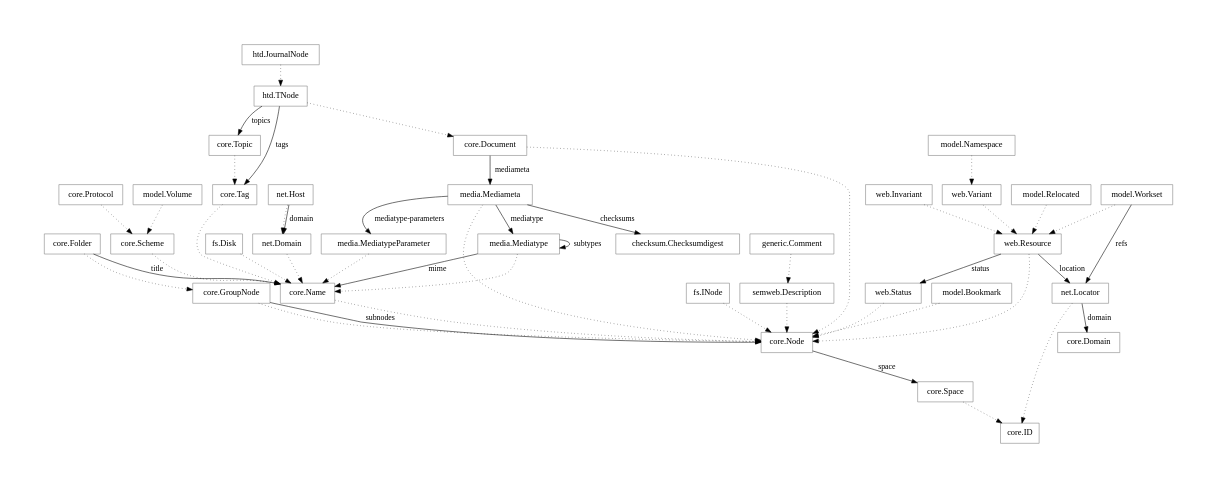
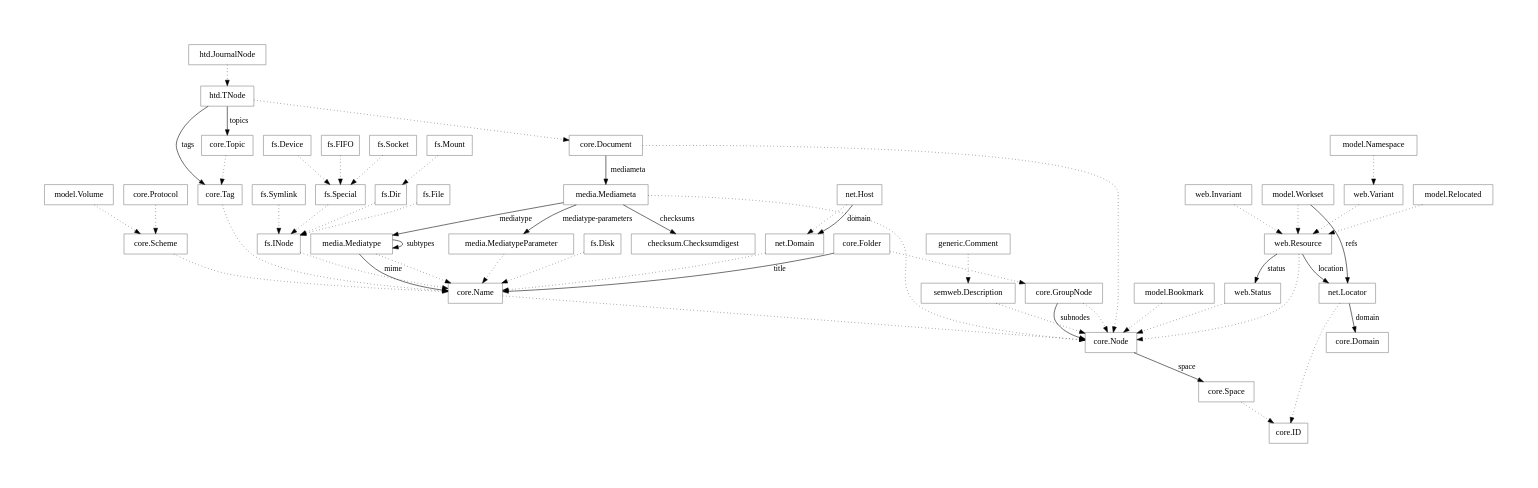
The diagram in doc/taxus-classes.en.dot.gv (dotmpe/script-mpe), drawn with Graphviz before and after one commit. The commit also changed 3 other files, not shown here.

```diff
--- a/doc/taxus-classes.en.dot.gv
+++ b/doc/taxus-classes.en.dot.gv
@@ -1,113 +1,118 @@
 digraph "doc_taxus_classes_en_dot" {
 	graph [
 		fontsize = "14"
 		fontname = "Times-Roman"
 		fontcolor = "black"
     pad = 1
 	]
 	node [
 		fontsize = "15"
 		fontname = "Bitstream Vera Sans"
 		shape = "record"
 		style = "solid"
 		color = "grey"
 	]
 	edge [
 		fontsize = "14"
 		fontname = "Bitstream Vera Sans"
 		style = "dotted"
 		weight = "4"
 	]
 
 	"core.Node" ; //-> SQLBase ;
 	"core.ID" ; //-> SQLBase ;
 
   "core.GroupNode" -> "core.Node" ;
   "core.Folder" -> "core.GroupNode" ;
   "core.Space" -> "core.ID" ;
 
   "core.Name" -> "core.Node" ;
   "core.Scheme" -> "core.Name" ;
   "core.Protocol" -> "core.Scheme" ;
 
   "core.Tag" -> "core.Name" ;
   "core.Topic" -> "core.Tag" ;
   "core.Document" -> "core.Node" ;
 
 //	"checksum.ChecksumDigest" ; //-> SQLBase ;
 //  "checksum.SHA1Digest" -> "checksum.ChecksumDigest" ;
 //  "checksum.MD5Digest" -> "checksum.ChecksumDigest" ;
 
-  "fs.INode" -> "core.Node" ;
+  "fs.INode" -> "core.Name" ;
+
+  "fs.Special" -> "fs.INode" ;
+  "fs.Device" -> "fs.Special" ;
+  "fs.FIFO" -> "fs.Special" ;
+  "fs.Socket" -> "fs.Special" ;
+
+  "fs.Dir" -> "fs.INode" ;
+  "fs.File" -> "fs.INode" ;
+  "fs.Symlink" -> "fs.INode" ;
+
+  "fs.Mount" -> "fs.Dir" ;
+
   "fs.Disk" -> "core.Name" ;
 
-//  "fs.Dir" -> "fs.INode" ;
-//  "fs.File" -> "fs.INode" ;
-//  "fs.Symlink" -> "fs.INode" ;
-//  "fs.Device" -> "fs.INode" ;
-//  "fs.Mount" -> "fs.INode" ;
-//  "fs.FIFO" -> "fs.INode" ;
-//  "fs.Socket" -> "fs.INode" ;
 
 //  "web.CachedContent" -> "fs.INode" ;
   "web.Status" -> "core.Node" ;
   "web.Resource" -> "core.Node" ;
   "web.Invariant" -> "web.Resource" ;
   "web.Variant" -> "web.Resource" ;
 
   "semweb.Description" -> "core.Node" ;
   "generic.Comment" -> "semweb.Description" ;
 
   "net.Domain" -> "core.Name" ;
   "net.Host" -> "net.Domain" ;
   "net.Locator" -> "core.ID" ;
 
   "model.Namespace" -> "web.Variant" ;
   "model.Relocated" -> "web.Resource" ;
   "model.Volume" -> "core.Scheme" ;
   "model.Bookmark" -> "core.Node" ;
   "model.Workset" -> "web.Resource" ;
 //	"model.Token" ; //-> SQLBase ;
 
   "media.Mediatype" -> "core.Name" [] ;
   "media.MediatypeParameter" -> "core.Name" [] ;
   //"media.Genre" -> "core.Name" [] ;
   "media.Mediameta" -> "core.Node" [] ;
 
   "htd.TNode" -> "core.Document" ;
   "htd.JournalNode" -> "htd.TNode" ;
 
 
   edge [ style="normal" ] ;
 
   "core.Node" -> "core.Space" [ label="space" ];
   "core.GroupNode" -> "core.Node" [ label="subnodes" ];
   "core.Folder" -> "core.Name" [ label=title ] ;
   "core.Document" -> "media.Mediameta" [ label=mediameta ] ;
 
  // "fs.INode" -> "net.Host" [ label="host" ];
   "net.Host" -> "net.Domain" [ label="domain" ];
 //  "fs.INode" -> "net.Locator" [ label="locators" ];
 
   "htd.TNode" -> "core.Tag" [ label="tags" ];
   "htd.TNode" -> "core.Topic" [ label="topics" ];
 
   "media.Mediatype" -> "core.Name" [ label=mime ] ;
   "media.Mediatype" -> "media.Mediatype" [ label=subtypes ] ;
 
   "media.Mediameta" -> "checksum.Checksumdigest" [ label=checksums ] ;
   "media.Mediameta" -> "media.Mediatype" [ label=mediatype ] ;
   "media.Mediameta" -> "media.MediatypeParameter" [ label="mediatype-parameters" ] ;
   //"media.Mediameta" -> "media.Genre" [ label=genres ] ;
 
   "model.Workset" -> "net.Locator" [ label=refs ] ;
 //  "model.Token" -> "net.Locator" [ label=refs ] ;
 
 //  "net.Locator" -> "checksum.Checksumdigest" [ label=ref_md5 ] ;
 //  "net.Locator" -> "checksum.Checksumdigest" [ label=checksums ] ;
   "net.Locator" -> "core.Domain" [ label=domain ] ;
 
   "web.Resource" -> "web.Status" [ label=status ] ;
   "web.Resource" -> "net.Locator" [ label=location ] ;
 //  "web.Invariant" -> "web.CachedContent" [ label=content ] ;
 }
```
